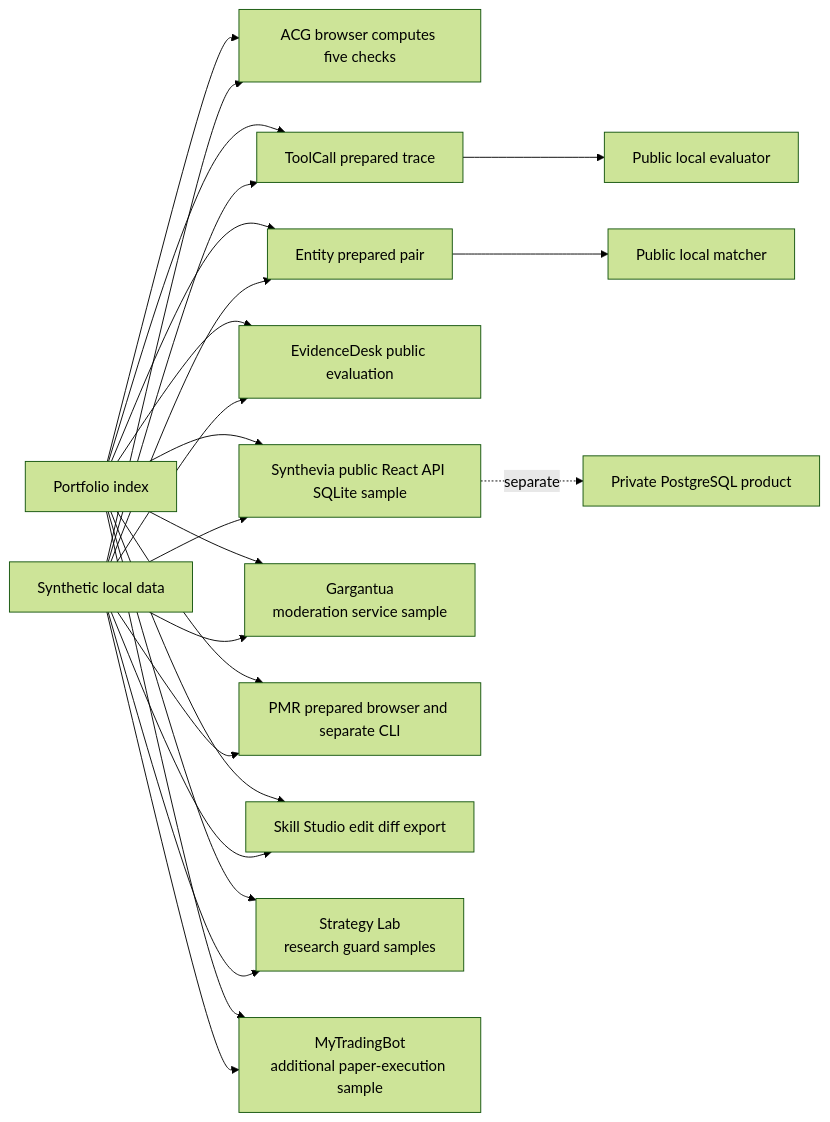
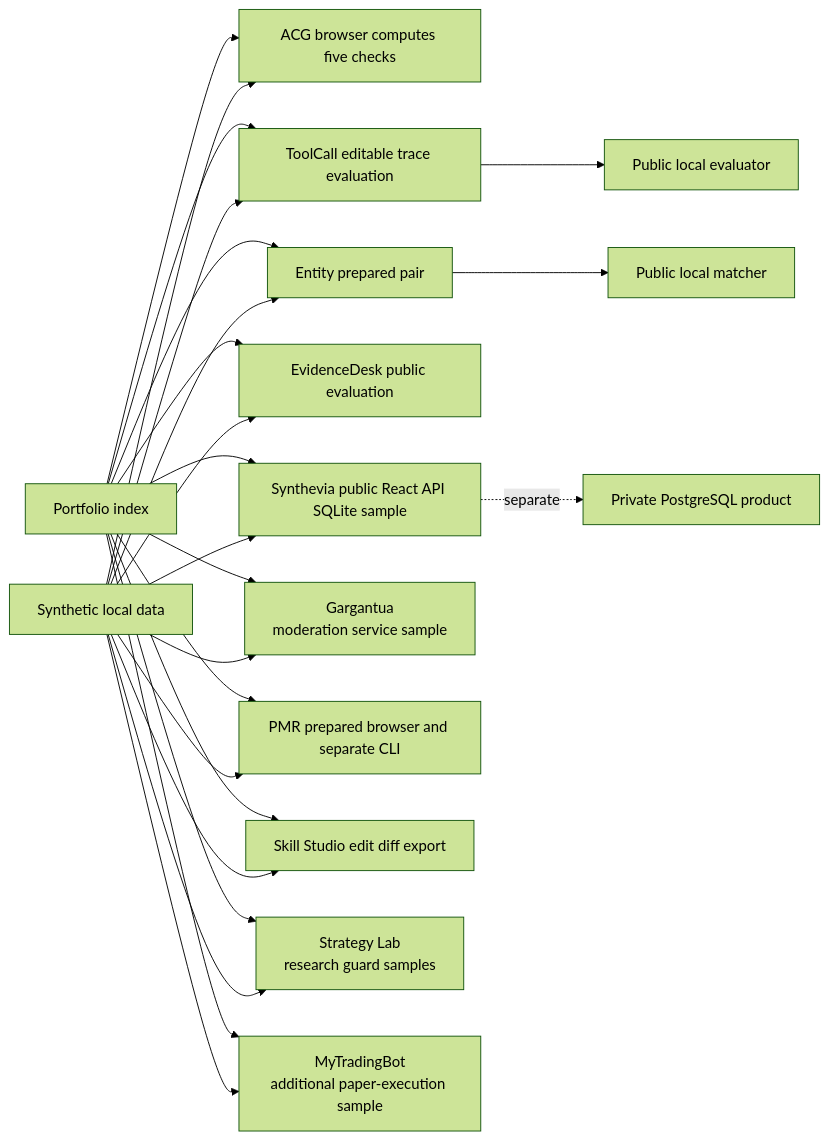
The diagram in README.md (LuxuriantTech/software-engineering-portfolio), drawn with Mermaid (forest theme) before and after one commit. The commit also changed other lines of this file and 5 other files, not shown here.

Commit message:
Correct ToolCall browser demo copy and CVs

````diff
--- a/README.md
+++ b/README.md
@@ -70,28 +72,28 @@
 ```mermaid
 flowchart LR
     P[Portfolio index] --> A[ACG browser computes five checks]
-    P --> T[ToolCall prepared trace]
+    P --> T[ToolCall editable trace evaluation]
     P --> R[Entity prepared pair]
     P --> E[EvidenceDesk public evaluation]
     P --> S[Synthevia public React API SQLite sample]
     P --> G[Gargantua\nmoderation service sample]
     P --> Q[PMR prepared browser and separate CLI]
     P --> K[Skill Studio edit diff export]
     P --> L[Strategy Lab\nresearch guard samples]
     P --> B[MyTradingBot\nadditional paper-execution sample]
 
     D[Synthetic local data] --> S
     D --> E
     D --> A
     D --> T
     D --> R
     D --> G
     D --> L
     D --> B
     D --> Q
     D --> K
 
     T --> TL[Public local evaluator]
     R --> RL[Public local matcher]
     S -. separate .-> O[Private PostgreSQL product]
 ```
````
